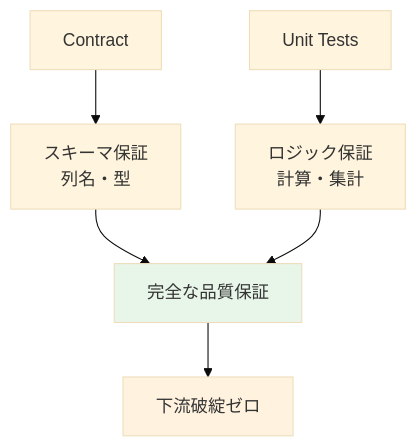
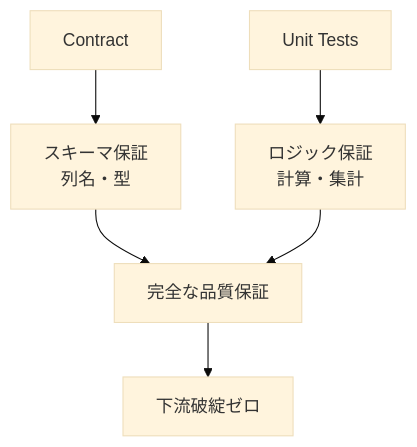
Before and after one commit to 1210yuichi0/1210yuichi0.github.io: the third of 4 diagrams in content/Tech/dbt/features/unit-tests-verification.md, drawn with Mermaid (base theme). The commit also changed other lines of this file and 22 other files, not shown here.

First line of the commit message:
style: remove Mermaid style directives for dark mode compatibility

````diff
--- a/content/Tech/dbt/features/unit-tests-verification.md
+++ b/content/Tech/dbt/features/unit-tests-verification.md
@@ -392,13 +385,11 @@
 ```mermaid
 flowchart TB
     A[Contract] --> C[スキーマ保証<br/>列名・型]
     B[Unit Tests] --> D[ロジック保証<br/>計算・集計]
 
     C --> E[完全な品質保証]
     D --> E
 
     E --> F[下流破綻ゼロ]
 
-    style E fill:#e8f5e9
-    style F fill:#fff3e0
 ```
````
